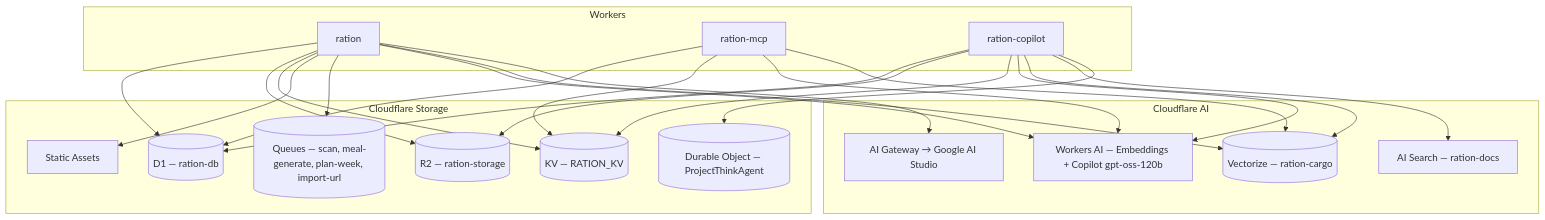
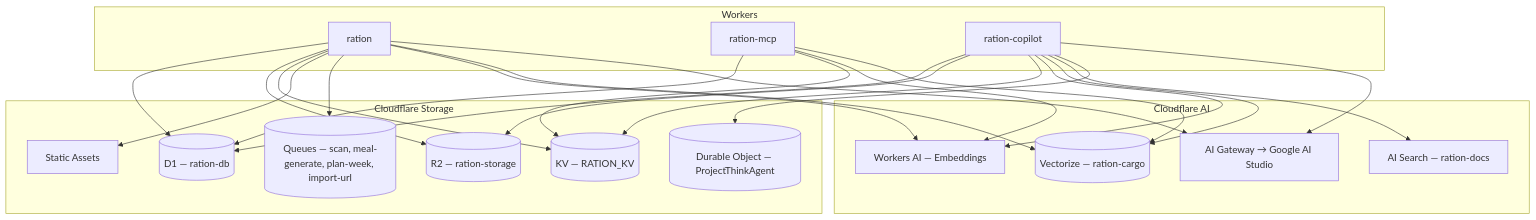
The fifth of 24 diagrams in README.md (bjamesdowning/ration-mirror), drawn with Mermaid before and after one commit. The commit also changed other lines of this file and 17 other files, not shown here.

````diff
--- a/README.md
+++ b/README.md
@@ -155,46 +155,47 @@
 ```mermaid
 flowchart TB
     subgraph Workers["Workers"]
         Worker["ration"]
         McpHandler["ration-mcp"]
         CopilotHandler["ration-copilot"]
     end
 
     subgraph Storage["Cloudflare Storage"]
         D1[("D1 — ration-db")]
         R2[("R2 — ration-storage")]
         KV[("KV — RATION_KV")]
         Assets["Static Assets"]
         Queues[("Queues — scan, meal-generate, plan-week, import-url")]
         ThinkDO[("Durable Object — ProjectThinkAgent")]
     end
 
     subgraph AI["Cloudflare AI"]
-        AIBinding["Workers AI — Embeddings + Copilot gpt-oss-120b"]
+        AIBinding["Workers AI — Embeddings"]
         Vectorize[("Vectorize — ration-cargo")]
         AIGateway["AI Gateway → Google AI Studio"]
         AISearch["AI Search — ration-docs"]
     end
 
     Worker --> D1
     Worker --> R2
     Worker --> KV
     Worker --> Assets
     Worker --> Queues
     Worker --> AIBinding
     Worker --> Vectorize
     Worker --> AIGateway
 
     McpHandler --> D1
     McpHandler --> KV
     McpHandler --> AIBinding
     McpHandler --> Vectorize
 
     CopilotHandler --> D1
     CopilotHandler --> R2
     CopilotHandler --> KV
     CopilotHandler --> AIBinding
     CopilotHandler --> Vectorize
     CopilotHandler --> AISearch
     CopilotHandler --> ThinkDO
+    CopilotHandler --> AIGateway
 ```
````
